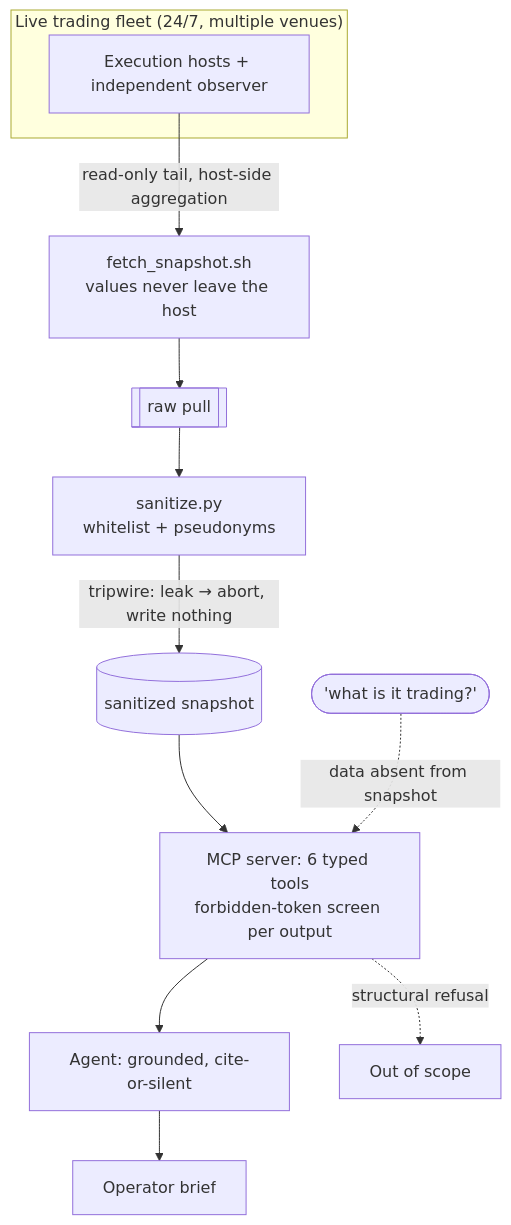
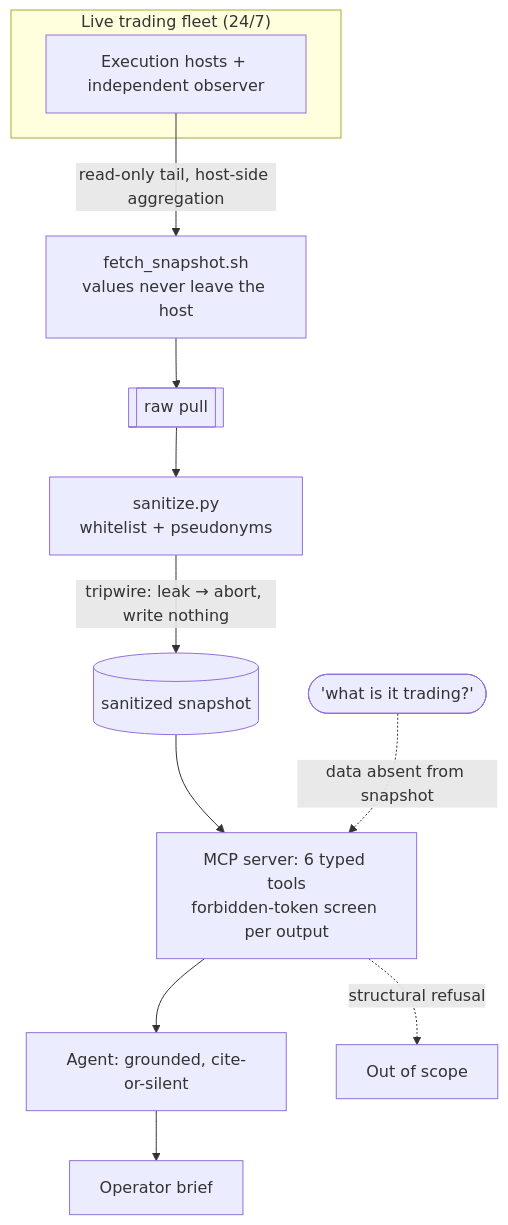
The diagram in README.md (janvrsinsky/jv-watchtower-mcp), drawn with Mermaid before and after one commit. The commit also changed other lines of this file and 1 other file, not shown here.

````diff
--- a/README.md
+++ b/README.md
@@ -65,18 +65,18 @@
 ```mermaid
 flowchart TB
-    subgraph LIVE["Live trading fleet (24/7, multiple venues)"]
+    subgraph LIVE["Live trading fleet (24/7)"]
       H["Execution hosts + independent observer"]
     end
 
     H -->|"read-only tail, host-side aggregation"| F["fetch_snapshot.sh<br/>values never leave the host"]
     F --> RAW[["raw pull"]]
     RAW --> SAN["sanitize.py<br/>whitelist + pseudonyms"]
     SAN -->|"tripwire: leak → abort, write nothing"| SNAP[("sanitized snapshot")]
 
     SNAP --> MCP["MCP server: 6 typed tools<br/>forbidden-token screen per output"]
     MCP --> AGENT["Agent: grounded, cite-or-silent"]
     AGENT --> BRIEF["Operator brief"]
 
     ASK(["'what is it trading?'"]) -.->|"data absent from snapshot"| MCP
     MCP -.->|"structural refusal"| REFUSE["Out of scope"]
 ```
````
